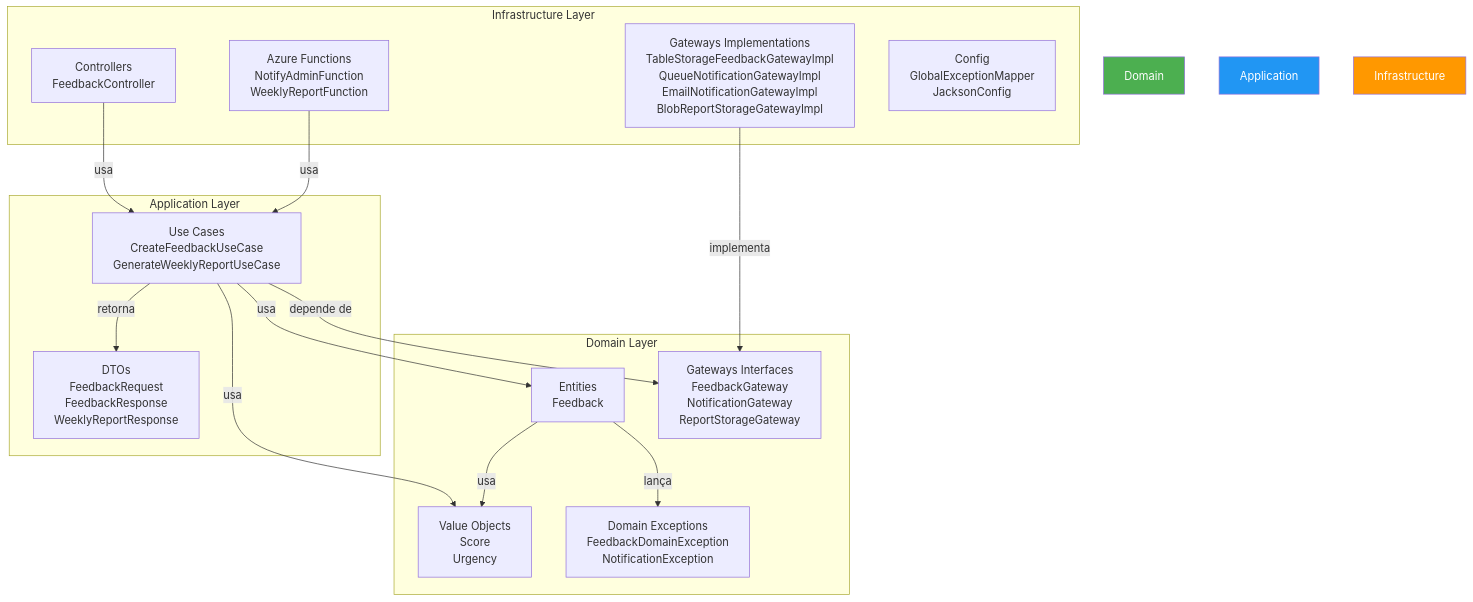
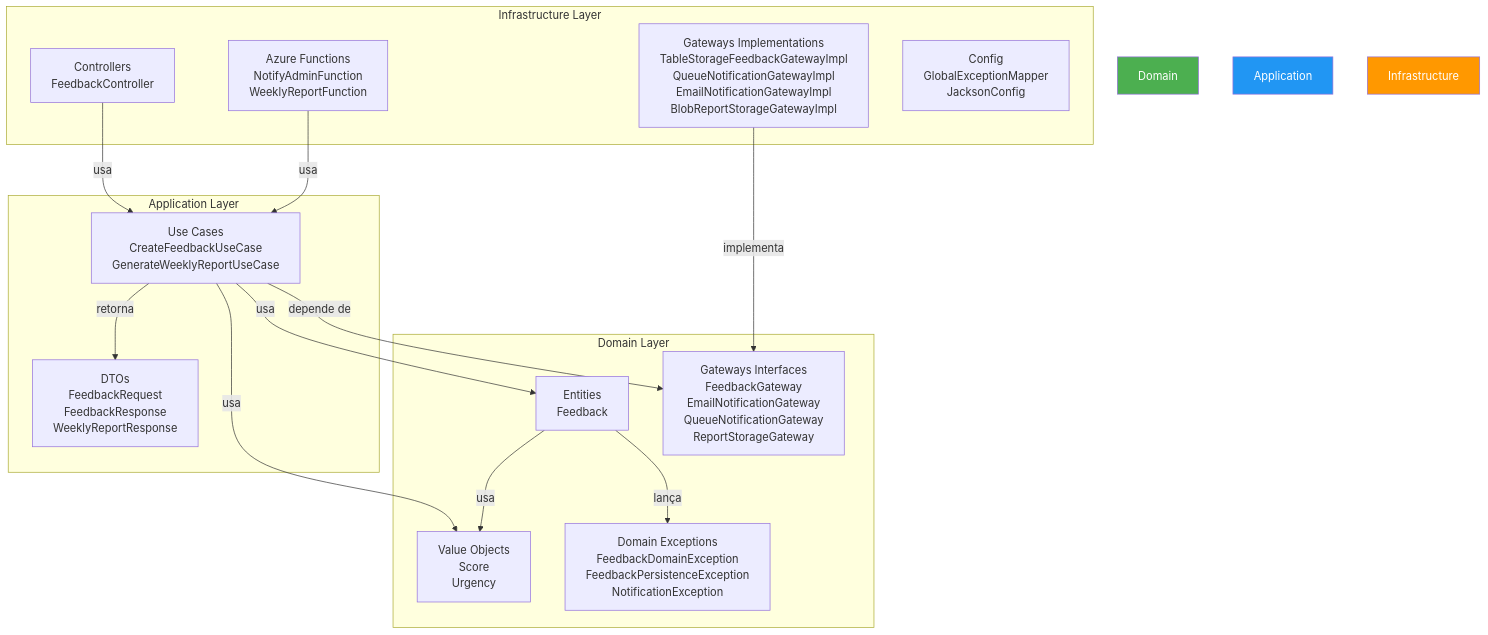
Before and after one commit to luizffdemoraes/feedback-sync: the fifth of 9 diagrams in README.md, drawn with Mermaid. The commit also changed other lines of this file, not shown here.

````diff
--- a/README.md
+++ b/README.md
@@ -438,35 +439,35 @@
 ```mermaid
 graph TB
     subgraph "Infrastructure Layer"
         Controllers[Controllers<br/>FeedbackController]
         Handlers[Azure Functions<br/>NotifyAdminFunction<br/>WeeklyReportFunction]
         GatewaysImpl[Gateways Implementations<br/>TableStorageFeedbackGatewayImpl<br/>QueueNotificationGatewayImpl<br/>EmailNotificationGatewayImpl<br/>BlobReportStorageGatewayImpl]
         Config[Config<br/>GlobalExceptionMapper<br/>JacksonConfig]
     end
 
     subgraph "Application Layer"
         UseCases[Use Cases<br/>CreateFeedbackUseCase<br/>GenerateWeeklyReportUseCase]
         DTOs[DTOs<br/>FeedbackRequest<br/>FeedbackResponse<br/>WeeklyReportResponse]
     end
 
     subgraph "Domain Layer"
         Entities[Entities<br/>Feedback]
         ValueObjects[Value Objects<br/>Score<br/>Urgency]
-        Gateways[Gateways Interfaces<br/>FeedbackGateway<br/>NotificationGateway<br/>ReportStorageGateway]
-        Exceptions[Domain Exceptions<br/>FeedbackDomainException<br/>NotificationException]
+        Gateways[Gateways Interfaces<br/>FeedbackGateway<br/>EmailNotificationGateway<br/>QueueNotificationGateway<br/>ReportStorageGateway]
+        Exceptions[Domain Exceptions<br/>FeedbackDomainException<br/>FeedbackPersistenceException<br/>NotificationException]
     end
 
     Controllers -->|usa| UseCases
     Handlers -->|usa| UseCases
     UseCases -->|usa| Entities
     UseCases -->|usa| ValueObjects
     UseCases -->|depende de| Gateways
     GatewaysImpl -->|implementa| Gateways
     UseCases -->|retorna| DTOs
     Entities -->|usa| ValueObjects
     Entities -->|lança| Exceptions
 
     style Domain fill:#4CAF50,color:#fff
     style Application fill:#2196F3,color:#fff
     style Infrastructure fill:#FF9800,color:#fff
 ```
````
